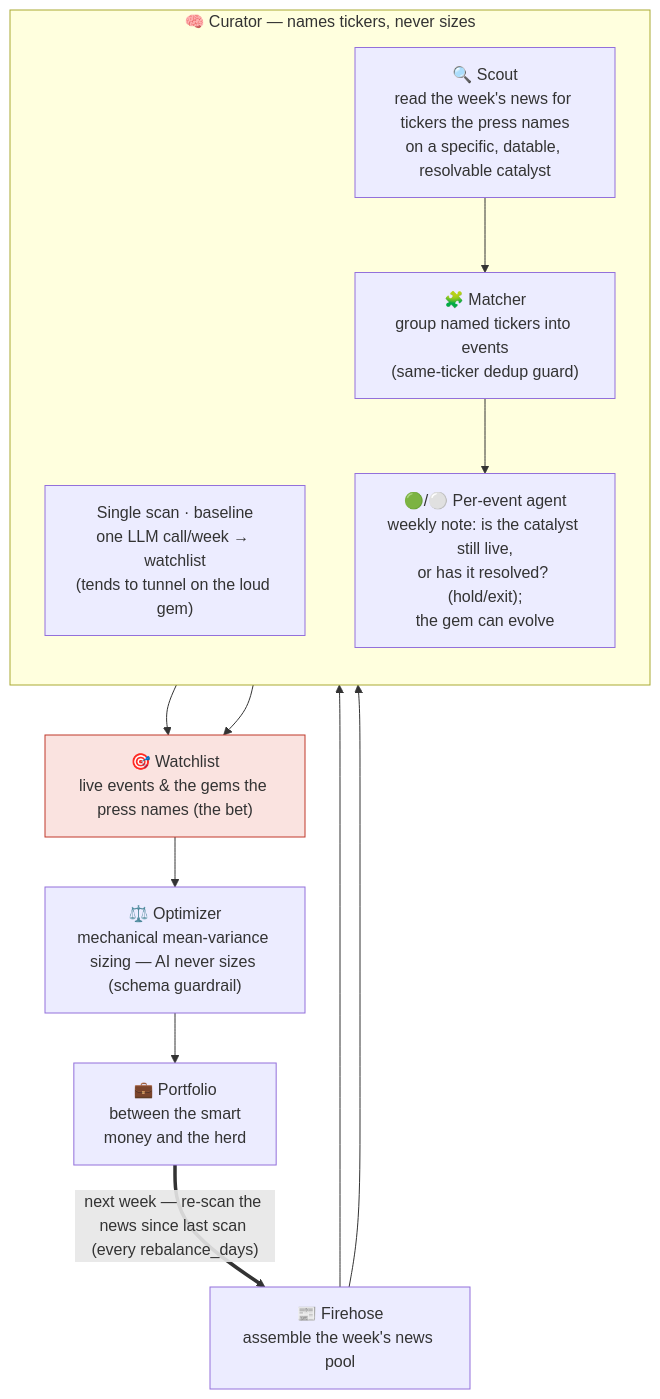
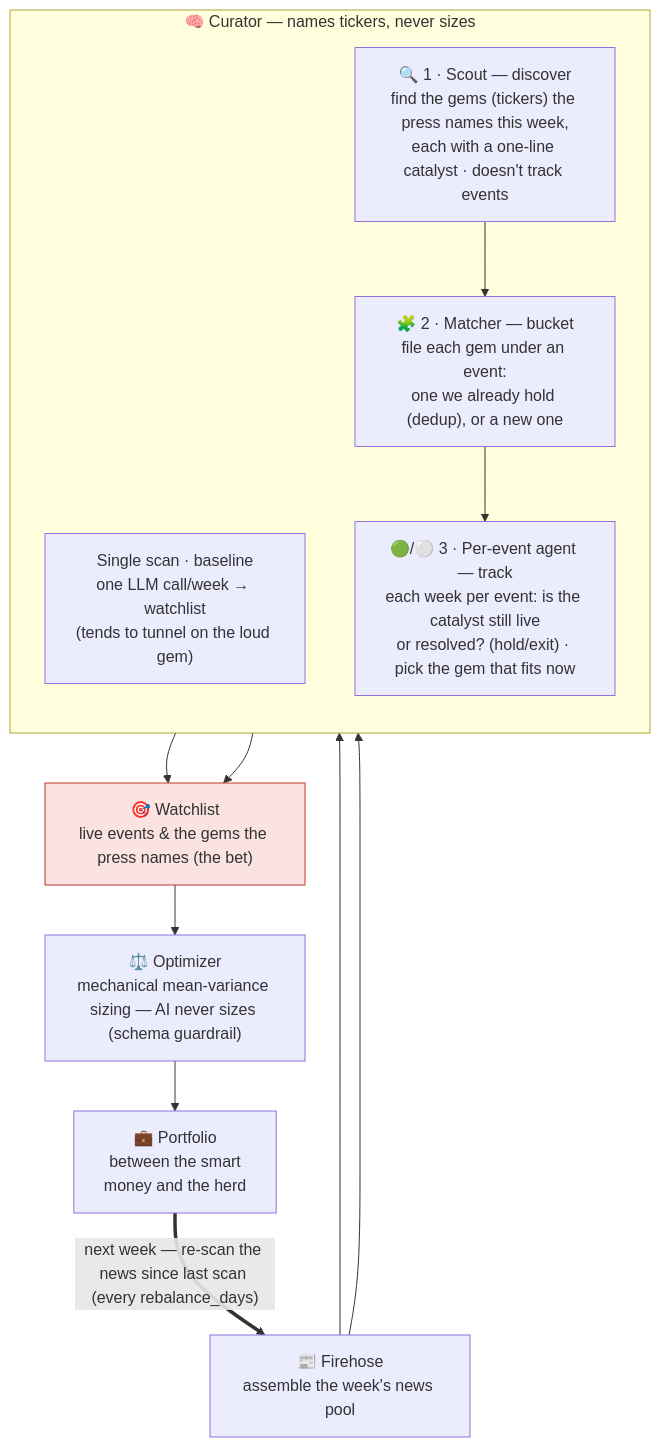
Before and after one commit to joehahn/geo-herd-rider: the diagram in README.md, drawn with Mermaid.

Commit message:
README: number the curator stages (Scout discover / Matcher bucket / agent track)
Make the scout->matcher->per-event-agent division of labor explicit in the
diagram: scout discovers gems+catalyst (stateless), matcher buckets each into
an event (existing-dedup or new), agent tracks each event week to week.

````diff
--- a/README.md
+++ b/README.md
@@ -18,27 +18,27 @@
 ```mermaid
 flowchart TD
     S["📰 Firehose<br/>assemble the week's news pool"]
 
     subgraph CUR["🧠 Curator — names tickers, never sizes"]
       direction TB
       SS["Single scan · baseline<br/>one LLM call/week → watchlist<br/>(tends to tunnel on the loud gem)"]
-      SC["🔍 Scout<br/>read the week's news for tickers the press names<br/>on a specific, datable, resolvable catalyst"]
-      MA["🧩 Matcher<br/>group named tickers into events<br/>(same-ticker dedup guard)"]
-      AG["🟢/⚪ Per-event agent<br/>weekly note: is the catalyst still live,<br/>or has it resolved? (hold/exit);<br/>the gem can evolve"]
+      SC["🔍 1 · Scout — discover<br/>find the gems (tickers) the press names this week,<br/>each with a one-line catalyst · doesn't track events"]
+      MA["🧩 2 · Matcher — bucket<br/>file each gem under an event:<br/>one we already hold (dedup), or a new one"]
+      AG["🟢/⚪ 3 · Per-event agent — track<br/>each week per event: is the catalyst still live<br/>or resolved? (hold/exit) · pick the gem that fits now"]
       SC --> MA --> AG
     end
 
     E["🎯 Watchlist<br/>live events & the gems the press names (the bet)"]
     W["⚖️ Optimizer<br/>mechanical mean-variance sizing — AI never sizes (schema guardrail)"]
     B["💼 Portfolio<br/>between the smart<br/>money and the herd"]
 
     S --> SS
     S --> SC
     SS --> E
     AG --> E
     E --> W --> B
     B == "next week — re-scan the news since last scan (every rebalance_days)" ==> S
 
     classDef bet fill:#fae3e0,stroke:#c0392b;
     class E bet
 ```
````
